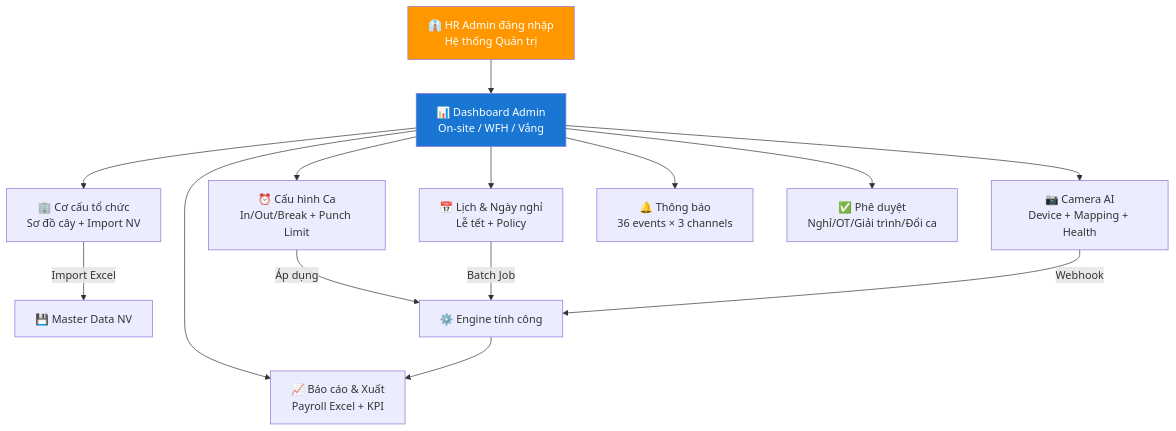
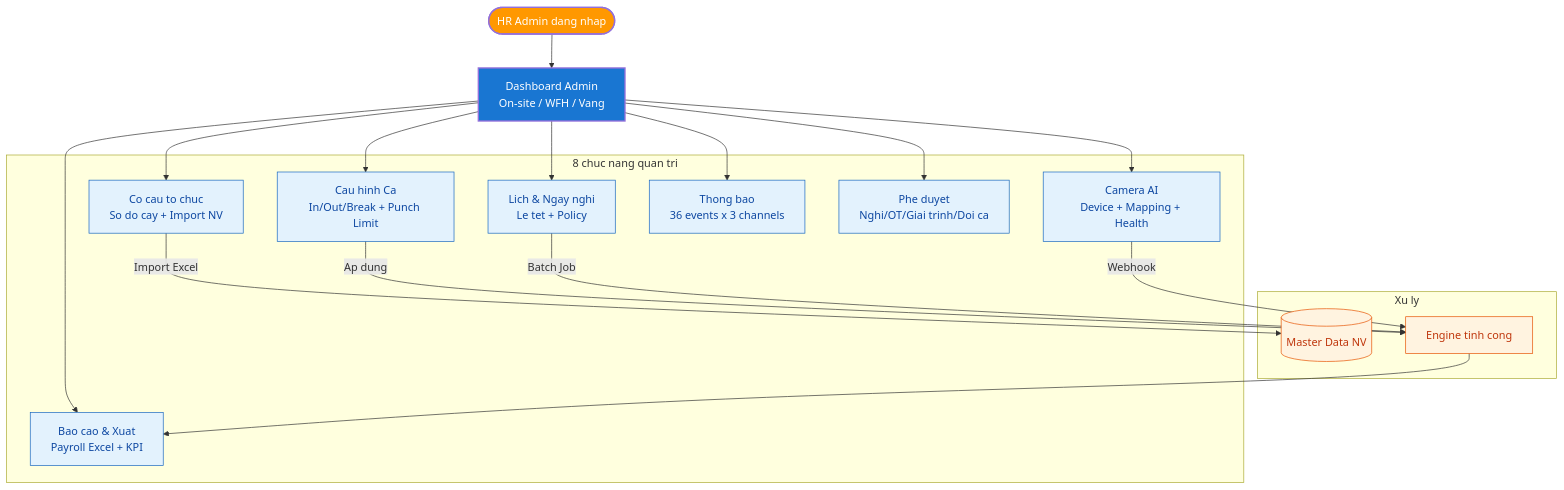
The first of 2 diagrams in outputs/mini-app-cham-cong/2.11-Mini-app/Tài-liệu-dự-án-Mini-App/BRD-HR-(Admin).md (olbboy/ba-kit-antigravity), drawn with Mermaid before and after one commit. The commit also changed other lines of this file and 11 other files, not shown here.

First line of the commit message:
fix: clean Confluence export artifacts and upgrade Mermaid diagrams

````diff
--- a/outputs/mini-app-cham-cong/2.11-Mini-app/Tài-liệu-dự-án-Mini-App/BRD-HR-(Admin).md
+++ b/outputs/mini-app-cham-cong/2.11-Mini-app/Tài-liệu-dự-án-Mini-App/BRD-HR-(Admin).md
@@ -22,21 +21,37 @@
 ```mermaid
 graph TD
-    A["👔 HR Admin đăng nhập<br/>Hệ thống Quản trị"] --> B["📊 Dashboard Admin<br/>On-site / WFH / Vắng"]
-    
-    B --> C["🏢 Cơ cấu tổ chức<br/>Sơ đồ cây + Import NV"]
-    B --> D["⏰ Cấu hình Ca<br/>In/Out/Break + Punch Limit"]
-    B --> E["📅 Lịch & Ngày nghỉ<br/>Lễ tết + Policy"]
-    B --> F["📷 Camera AI<br/>Device + Mapping + Health"]
-    B --> G["🔔 Thông báo<br/>36 events × 3 channels"]
-    B --> H["✅ Phê duyệt<br/>Nghỉ/OT/Giải trình/Đổi ca"]
-    B --> I["📈 Báo cáo & Xuất<br/>Payroll Excel + KPI"]
+    A([HR Admin dang nhap]) --> B[Dashboard Admin<br/>On-site / WFH / Vang]
 
-    C -->|"Import Excel"| J["💾 Master Data NV"]
-    D -->|"Áp dụng"| K["⚙️ Engine tính công"]
-    E -->|"Batch Job"| K
-    F -->|"Webhook"| K
+    subgraph Modules["8 chuc nang quan tri"]
+        C[Co cau to chuc<br/>So do cay + Import NV]
+        D[Cau hinh Ca<br/>In/Out/Break + Punch Limit]
+        E[Lich & Ngay nghi<br/>Le tet + Policy]
+        F[Camera AI<br/>Device + Mapping + Health]
+        G[Thong bao<br/>36 events x 3 channels]
+        H[Phe duyet<br/>Nghi/OT/Giai trinh/Doi ca]
+        I[Bao cao & Xuat<br/>Payroll Excel + KPI]
+    end
+
+    B --> C & D & E & F & G & H & I
+
+    subgraph Engine["Xu ly"]
+        J[(Master Data NV)]
+        K[Engine tinh cong]
+    end
+
+    C -->|Import Excel| J
+    D -->|Ap dung| K
+    E -->|Batch Job| K
+    F -->|Webhook| K
     K --> I
 
-    style A fill:#FF9800,color:#fff
-    style B fill:#1976D2,color:#fff
+    classDef admin fill:#FF9800,color:#fff,stroke-width:2px
+    classDef dashboard fill:#1976D2,color:#fff,stroke-width:2px
+    classDef module fill:#E3F2FD,stroke:#1565C0,color:#0D47A1
+    classDef engine fill:#FFF3E0,stroke:#E65100,color:#BF360C
+
+    class A admin
+    class B dashboard
+    class C,D,E,F,G,H,I module
+    class J,K engine
 ```
````
